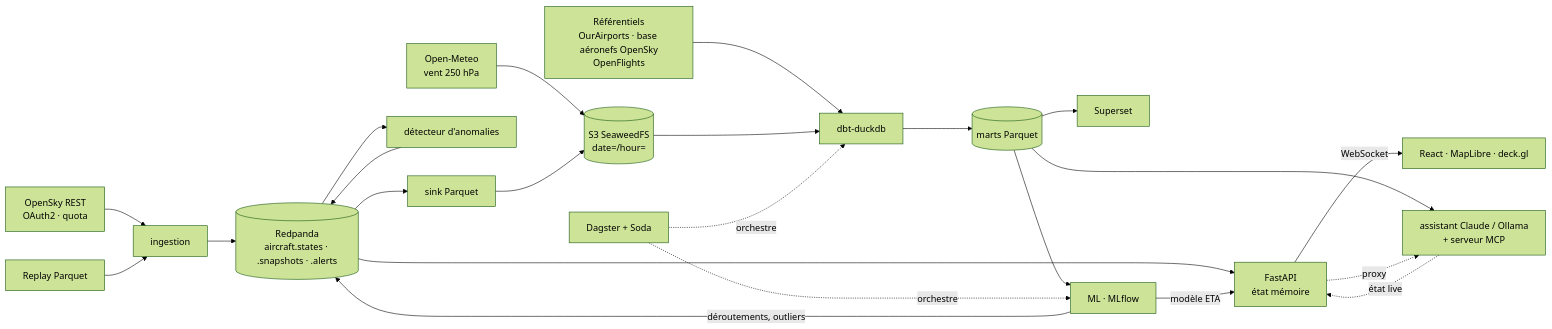
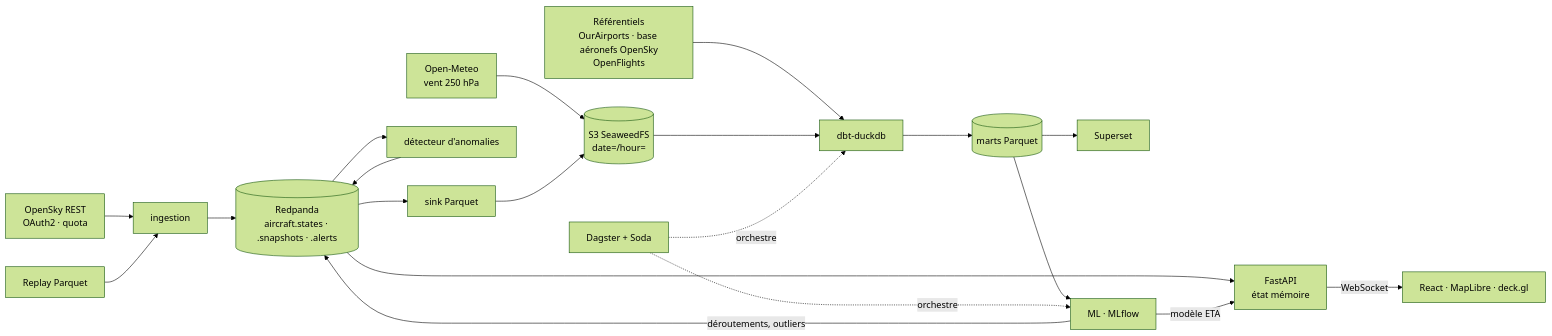
Before and after one commit to Oussama-essalehi/SkyPulse: the diagram in README.md, drawn with Mermaid (forest theme). The commit also changed other lines of this file and 53 other files, not shown here.

````diff
--- a/README.md
+++ b/README.md
@@ -66,18 +65,16 @@
 ```mermaid
 flowchart LR
   OS[OpenSky REST<br/>OAuth2 · quota] --> ING
   REF[Référentiels<br/>OurAirports · base aéronefs OpenSky<br/>OpenFlights] --> DBT
   OM[Open-Meteo<br/>vent 250 hPa] --> S3
   RP[Replay Parquet] --> ING
   ING[ingestion] --> K[(Redpanda<br/>aircraft.states · .snapshots · .alerts)]
   K --> API[FastAPI<br/>état mémoire] -- WebSocket --> FE[React · MapLibre · deck.gl]
   K --> AD[détecteur d'anomalies] --> K
   K --> SINK[sink Parquet] --> S3[(S3 SeaweedFS<br/>date=/hour=)]
   S3 --> DBT[dbt-duckdb] --> M[(marts Parquet)]
-  M --> SUP[Superset] & AST[assistant Claude / Ollama<br/>+ serveur MCP] & ML[ML · MLflow]
+  M --> SUP[Superset] & ML[ML · MLflow]
   ML -- modèle ETA --> API
   ML -- déroutements, outliers --> K
   DAG[Dagster + Soda] -. orchestre .-> DBT & ML
-  API -. proxy .-> AST
-  AST -. état live .-> API
 ```
````
